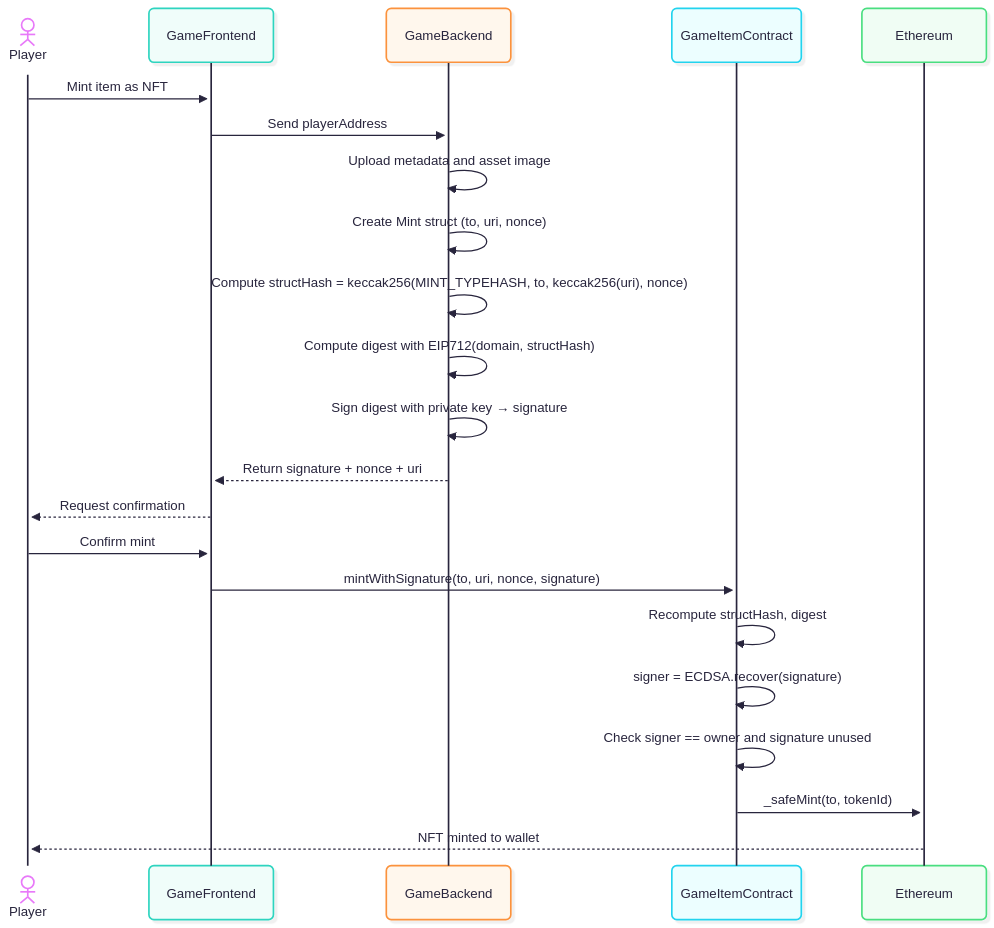
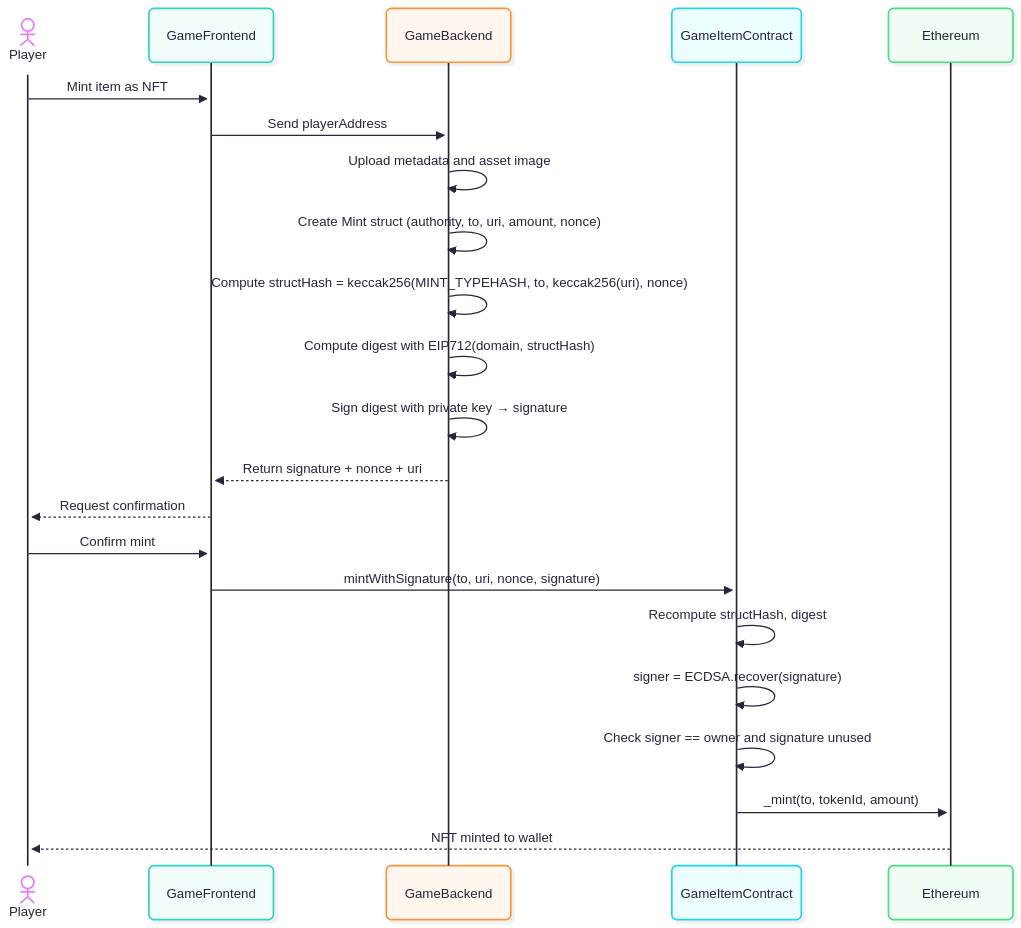
One commit to bartalos86/solana-game-nft-marketplace changed the diagram in docs/token-mint-eth.mermaid. Above: the diagram before and after it, drawn with Mermaid. The commit also changed 11 other files, not shown here.

```diff
--- a/docs/token-mint-eth.mermaid
+++ b/docs/token-mint-eth.mermaid
@@ -1,33 +1,33 @@
 ---
 config:
   theme: redux-color
   look: neo
 ---
 sequenceDiagram
     actor Player
     participant GameFrontend
     participant GameBackend
     participant GameItemContract
     participant Ethereum
 
     Player->>GameFrontend: Mint item as NFT
     GameFrontend->>GameBackend: Send playerAddress
 
     GameBackend->>GameBackend: Upload metadata and asset image
-    GameBackend->>GameBackend: Create Mint struct (to, uri, nonce)
+    GameBackend->>GameBackend: Create Mint struct (authority, to, uri, amount, nonce)
     GameBackend->>GameBackend: Compute structHash = keccak256(MINT_TYPEHASH, to, keccak256(uri), nonce)
     GameBackend->>GameBackend: Compute digest with EIP712(domain, structHash)
     GameBackend->>GameBackend: Sign digest with private key → signature
 
     GameBackend-->>GameFrontend: Return signature + nonce + uri
     GameFrontend-->>Player: Request confirmation
 
     Player->>GameFrontend: Confirm mint
     GameFrontend->>GameItemContract: mintWithSignature(to, uri, nonce, signature)
 
     GameItemContract->>GameItemContract: Recompute structHash, digest
     GameItemContract->>GameItemContract: signer = ECDSA.recover(signature)
     GameItemContract->>GameItemContract: Check signer == owner and signature unused
 
-    GameItemContract->>Ethereum: _safeMint(to, tokenId)
+    GameItemContract->>Ethereum: _mint(to, tokenId, amount)
     Ethereum-->>Player: NFT minted to wallet
```
